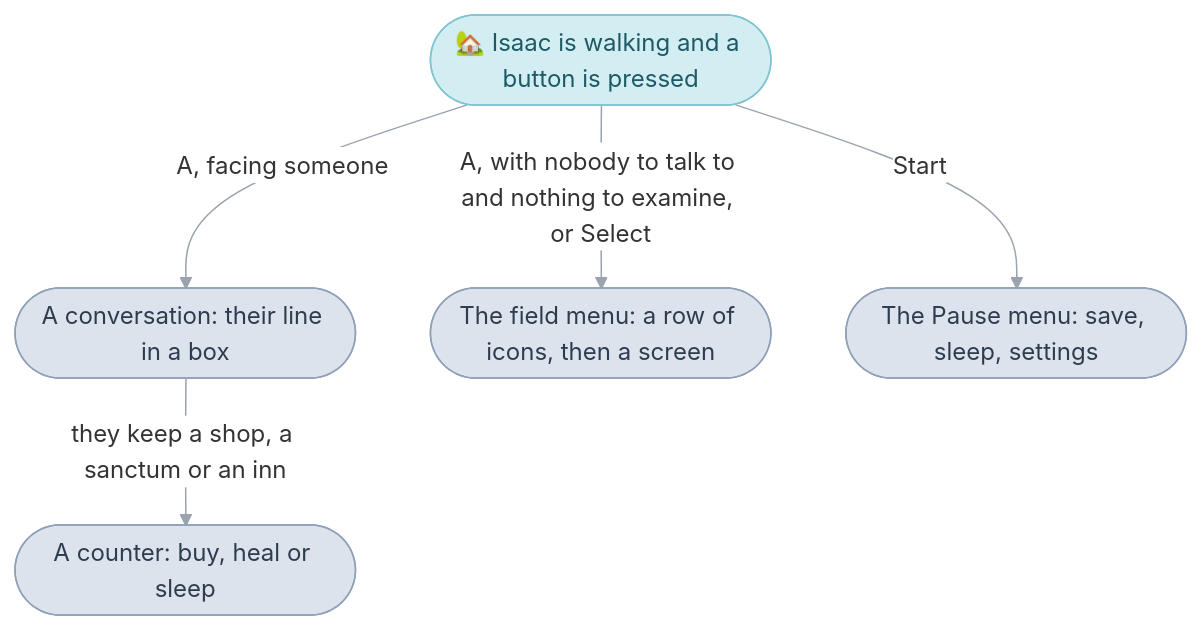
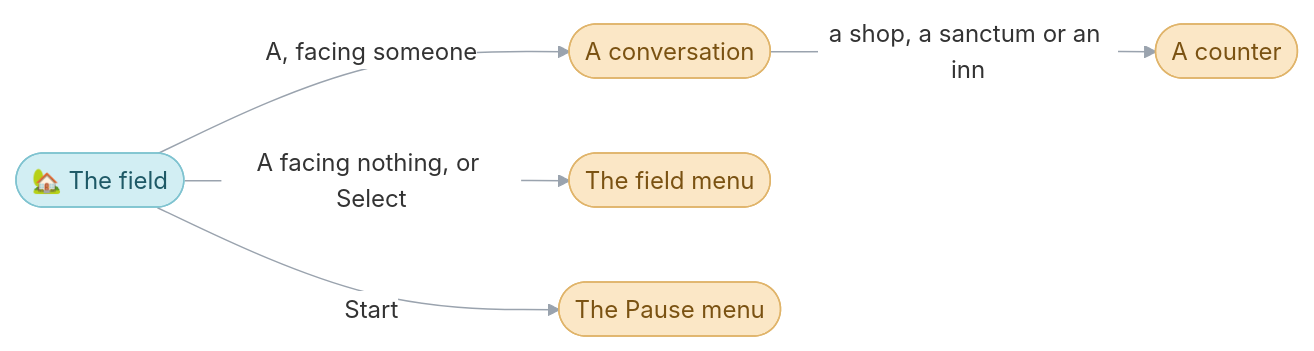
One commit to PascalPixel/alchemy changed the diagram in games/tbs/interface.md. Above: the diagram before and after it, drawn with Mermaid. The commit also changed other lines of this file and 4 other files, not shown here.

````diff
--- a/games/tbs/interface.md
+++ b/games/tbs/interface.md
@@ -29,13 +52,12 @@
 ```mermaid
 %%{init: {"theme": "base", "themeVariables": {"lineColor": "#9AA3AE", "edgeLabelBackground": "#FFFFFF"}, "flowchart": {"curve": "basis", "padding": 12}}}%%
-flowchart TD
-  field(["🏡 Isaac is walking and a button is pressed"])
-  field -- "A, facing someone" --> talk(["A conversation: their line in a box"])
-  talk -- "they keep a shop, a sanctum or an inn" --> counter(["A counter: buy, heal or sleep"])
-  field -- "A, with nobody to talk to and nothing to examine, or Select" --> menu(["The field menu: a row of icons, then a screen"])
-  field -- "Start" --> pause(["The Pause menu: save, sleep, settings"])
+flowchart LR
+  field(["🏡 The field"]) -- "A, facing someone" --> talk(["A conversation"])
+  talk -- "a shop, a sanctum or an inn" --> counter(["A counter"])
+  field -- "A facing nothing, or Select" --> menu(["The field menu"])
+  field -- "Start" --> pause(["The Pause menu"])
   classDef sequence fill:#D2EEF3,stroke:#7FC3D0,color:#1E5966
-  classDef screen fill:#DDE3EC,stroke:#8FA0B8,color:#2E3C50
+  classDef request fill:#FBE7C6,stroke:#E0B46A,color:#7A5212
   class field sequence
-  class talk,menu,pause,counter screen
+  class talk,counter,menu,pause request
 ```
````
